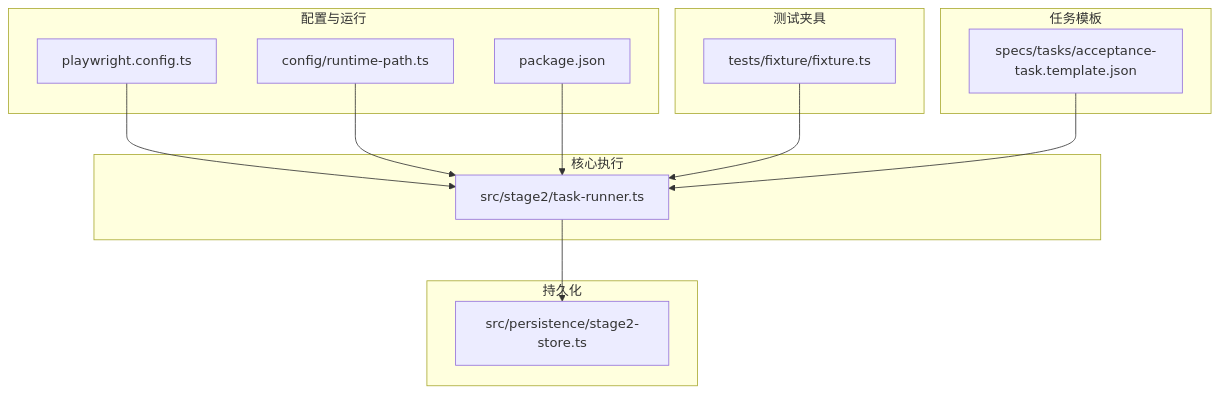
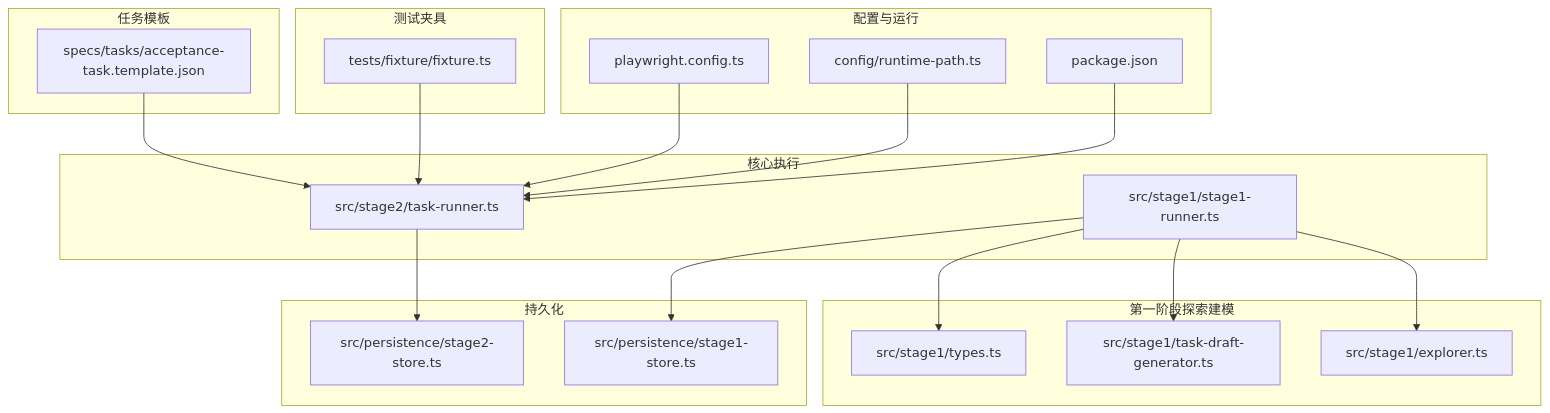
One commit to Jiane-EJ/playwright-mind changed the first of 6 diagrams in .qoder/repowiki/zh/content/验证码处理.md. Above: the diagram before and after it, drawn with Mermaid. The commit also changed other lines of this file and 16 other files, not shown here.

````diff
--- a/.qoder/repowiki/zh/content/验证码处理.md
+++ b/.qoder/repowiki/zh/content/验证码处理.md
@@ -41,26 +56,37 @@
 ```mermaid
 graph TB
 subgraph "配置与运行"
 PC["playwright.config.ts"]
 RP["config/runtime-path.ts"]
 PKG["package.json"]
 end
 subgraph "测试夹具"
 TF["tests/fixture/fixture.ts"]
 end
 subgraph "核心执行"
 TR["src/stage2/task-runner.ts"]
+S1["src/stage1/stage1-runner.ts"]
+end
+subgraph "第一阶段探索建模"
+EX["src/stage1/explorer.ts"]
+TDG["src/stage1/task-draft-generator.ts"]
+TT["src/stage1/types.ts"]
 end
 subgraph "持久化"
 SS["src/persistence/stage2-store.ts"]
+S1S["src/persistence/stage1-store.ts"]
 end
 subgraph "任务模板"
 AT["specs/tasks/acceptance-task.template.json"]
 end
 PC --> TR
 RP --> TR
 TF --> TR
 TR --> SS
 PKG --> TR
 AT --> TR
+S1 --> EX
+S1 --> TDG
+S1 --> TT
+S1 --> S1S
 ```
````
